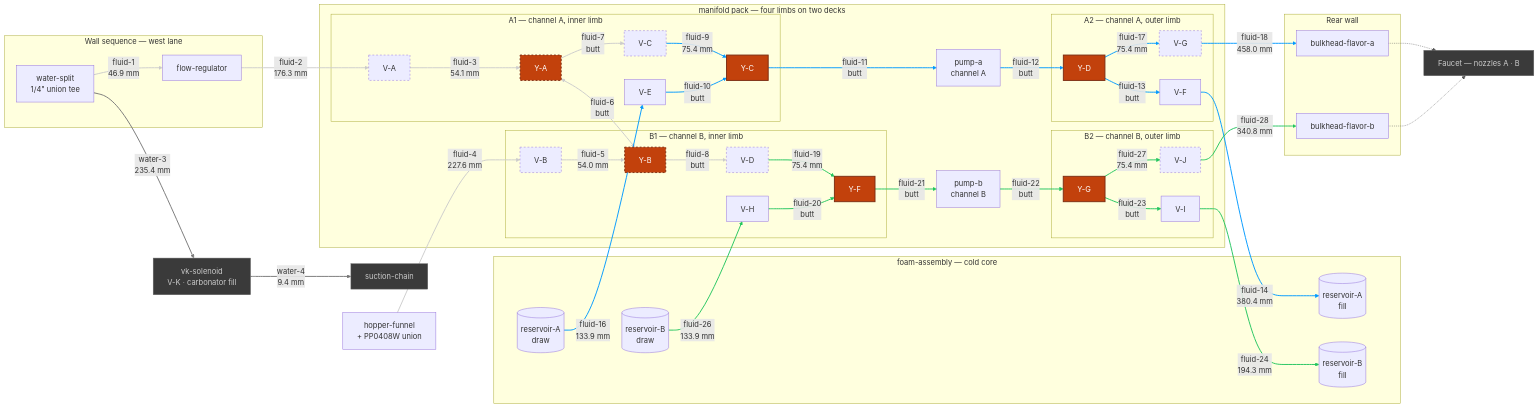
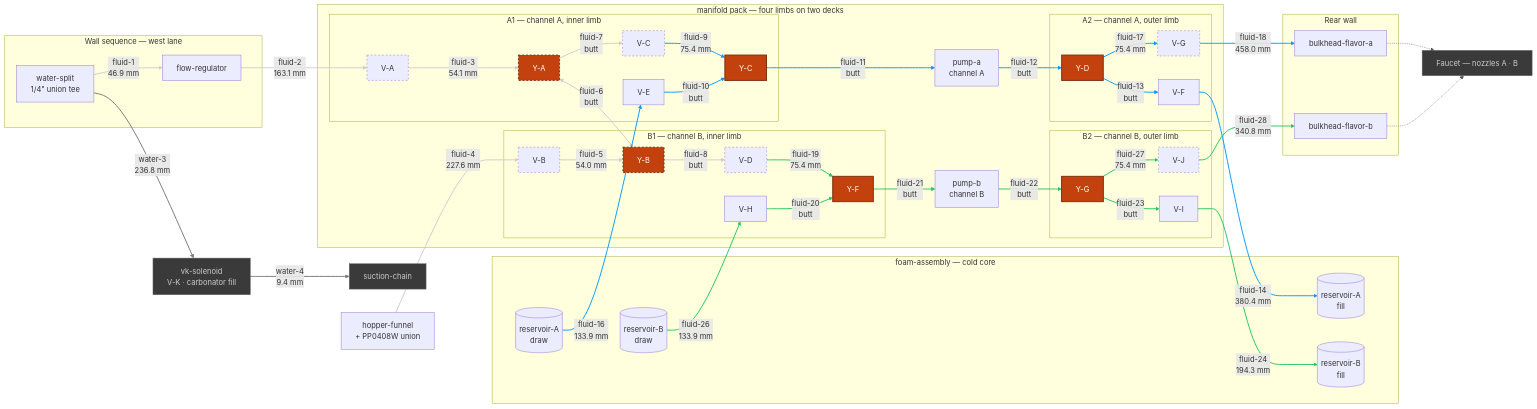
The diagram in hardware/topology/fluid-topology-manifold.mmd (derekbreden/homesodamachine), drawn with Mermaid before and after one commit. The commit also changed 19 other files, not shown here.

```diff
--- a/hardware/topology/fluid-topology-manifold.mmd
+++ b/hardware/topology/fluid-topology-manifold.mmd
@@ -14,7 +14,7 @@
   %% [26](SEGMENT_COUNT) flavor segments. [11](BUTT_COUNT) are collet butted to collet and carry
   %% no tube at all; [9](DRAWN_COUNT) are swept runs between placed bodies; the rest are the
   %% hinge's four hairpins and the source pair's two quarter-and-step turns. What is cut comes to
-  %% [2501.8 mm](FLUID_TOTAL) of 1/4" LLDPE over [50](FLUID_BENDS) corners, and the longest is
+  %% [2488.6 mm](FLUID_TOTAL) of 1/4" LLDPE over [49](FLUID_BENDS) corners, and the longest is
   %% [fluid-18](LONGEST_ID) at [458.0 mm](LONGEST_LEN). [0](OPEN_COUNT) are mouths with nothing
   %% on the far end of them: EVERY FLAVOR SEGMENT IN THIS CHART IS MADE. The hopper's gravity
   %% drain is drawn like the rest — the funnel is seated in the box rather than placed in the
@@ -118,7 +118,7 @@
   %% V-B come off the folded deck's plane on a quarter turn of R14, then step 28 mm further along
   %% the run and 14 mm across it, toward the cold core's crown.
   Split -->|"fluid-1<br/>46.9 mm"| FlowReg
-  FlowReg -->|"fluid-2<br/>176.3 mm"| VA
+  FlowReg -->|"fluid-2<br/>163.1 mm"| VA
   VA -->|"fluid-3<br/>54.1 mm"| YA
   Hopper -->|"fluid-4<br/>227.6 mm"| VB
   VB -->|"fluid-5<br/>54.0 mm"| YB
@@ -165,7 +165,7 @@
   %% V-K gates the carbonator fill off the same split fluid-1 leaves. It stands on the cold core's
   %% crown, east of the SeaFlo, and water-3 is the one run in the assembly that crosses the whole
   %% machine — the split is in the west lane, V-K is on the east, and its inlet faces forward.
-  Split -->|"water-3<br/>235.4 mm"| VK
+  Split -->|"water-3<br/>236.8 mm"| VK
   VK -->|"water-4<br/>9.4 mm"| SuctChain
 
   %% =========================
```
